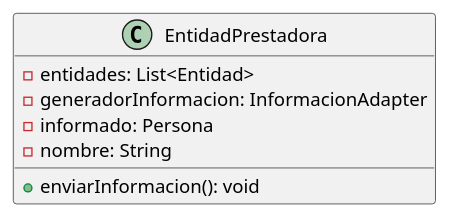
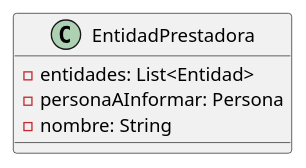
One commit to mbertogliati/dds-tpa changed the diagram in DC/E3/domain/entidades/EntidadPrestadora.puml. Above: the diagram before and after it, drawn with PlantUML. The commit also changed 14 other files, not shown here.

```diff
--- a/DC/E3/domain/entidades/EntidadPrestadora.puml
+++ b/DC/E3/domain/entidades/EntidadPrestadora.puml
@@ -1,14 +1,12 @@
 @startuml
 
 skinparam linetype ortho
 
 class EntidadPrestadora {
   - entidades: List<Entidad>
-  - generadorInformacion: InformacionAdapter
-  - informado: Persona
+  - personaAInformar: Persona
   - nombre: String
 
-  + enviarInformacion(): void
 }
 
 @enduml
```
